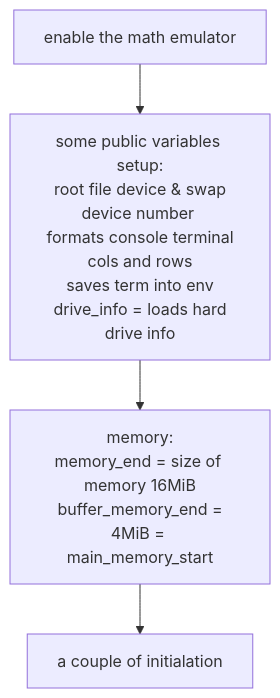
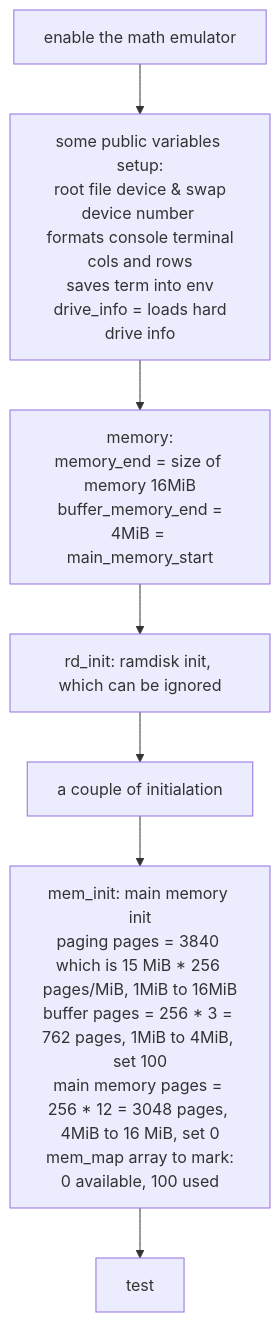
Before and after one commit to meetjoy/exploring_cs: the diagram in Diagrams/outline.md, drawn with Mermaid. The commit also changed 1 other file, not shown here.

Commit message:
main physical memory paging setup

````diff
--- a/Diagrams/outline.md
+++ b/Diagrams/outline.md
@@ -40,11 +40,18 @@
 ```mermaid
 graph TD
 A[enable the math emulator]
 B[some public variables setup:<br/> root file device & swap device number <br/> formats console terminal cols and rows<br/>saves term into env<br/> drive_info = loads hard drive info]
 C[memory:<br/>memory_end = size of memory 16MiB<br/> buffer_memory_end = 4MiB = main_memory_start<br/>]
-D[a couple of initialation]
+D[rd_init: ramdisk init, which can be ignored]
+E[a couple of initialation]
+E1[mem_init: main memory init<br/>paging pages = 3840 which is 15 MiB * 256 pages/MiB, 1MiB to 16MiB<br/>buffer pages = 256 * 3 = 762 pages, 1MiB to 4MiB, set 100<br/>main memory pages = 256 * 12 = 3048 pages, 4MiB to 16 MiB, set 0<br/> mem_map array to mark: 0 available, 100 used]
+
+E2[test]
 
 A --> B
 B --> C
 C-->D
+D-->E
+E-->E1
+E1-->E2
 ```
````
